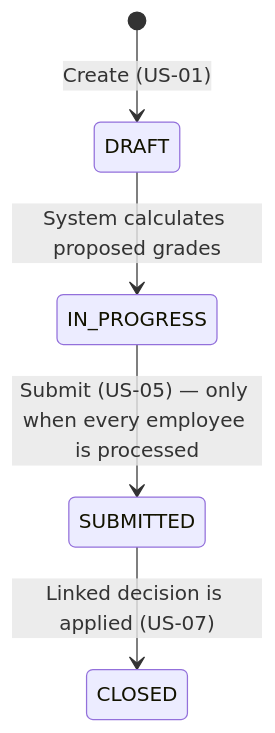
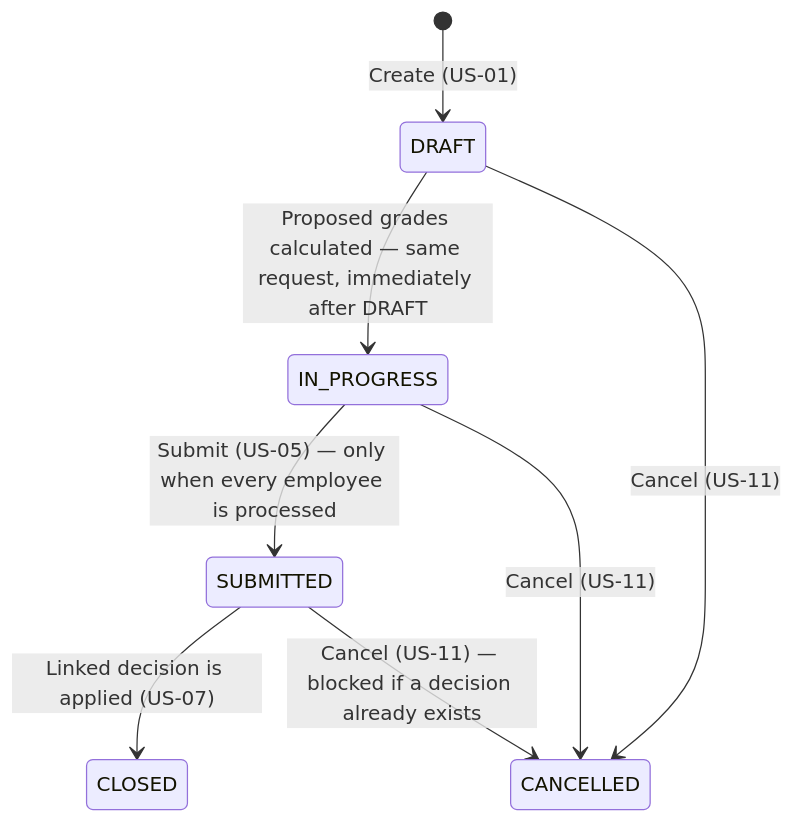
Before and after one commit to sang2197/QuanLyNhanSu-NguyenVanSang: the first of 3 diagrams in Docs/DetailedDesign/StateDiagrams.md, drawn with Mermaid. The commit also changed 9 other files, not shown here.

First line of the commit message:
Bổ sung US-10/US-11 (Cancel Decision/Cancel Review Period), sửa gap Decision-Period

````diff
--- a/Docs/DetailedDesign/StateDiagrams.md
+++ b/Docs/DetailedDesign/StateDiagrams.md
@@ -7,7 +7,10 @@
 ```mermaid
 stateDiagram-v2
     [*] --> DRAFT : Create (US-01)
-    DRAFT --> IN_PROGRESS : System calculates proposed grades
+    DRAFT --> IN_PROGRESS : Proposed grades calculated — same request, immediately after DRAFT
     IN_PROGRESS --> SUBMITTED : Submit (US-05) — only when every employee is processed
     SUBMITTED --> CLOSED : Linked decision is applied (US-07)
+    DRAFT --> CANCELLED : Cancel (US-11)
+    IN_PROGRESS --> CANCELLED : Cancel (US-11)
+    SUBMITTED --> CANCELLED : Cancel (US-11) — blocked if a decision already exists
 ```
````
